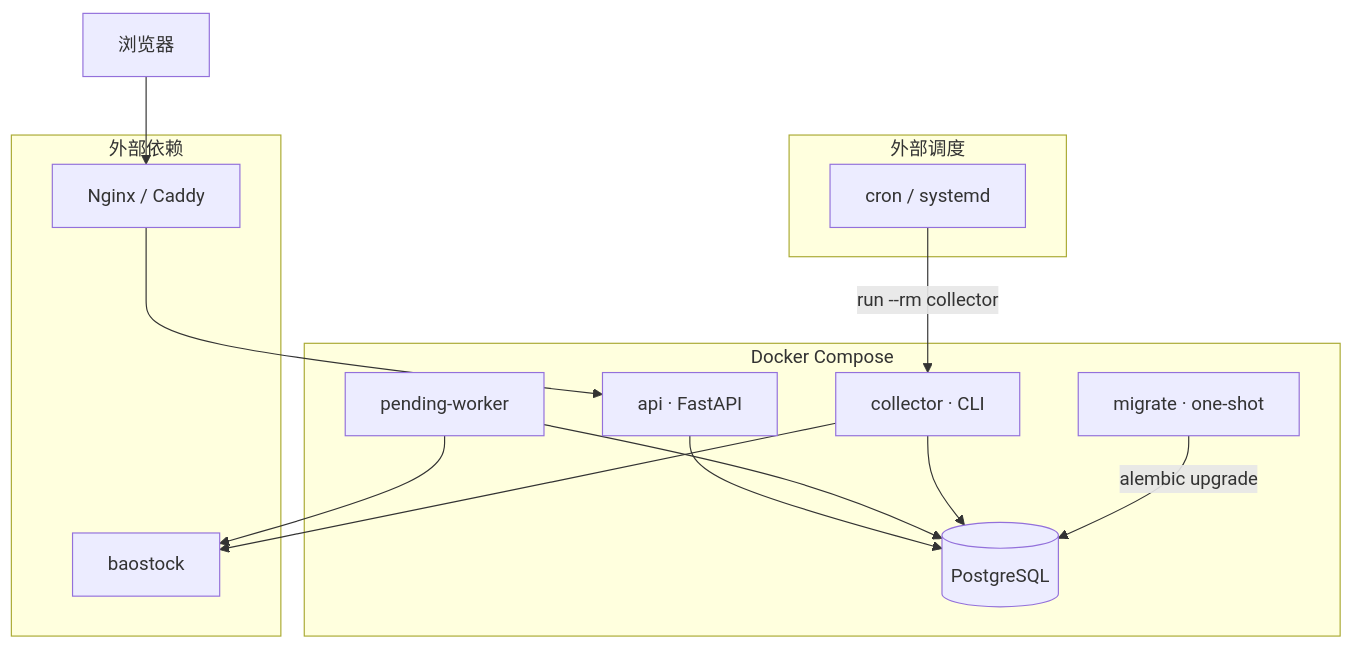
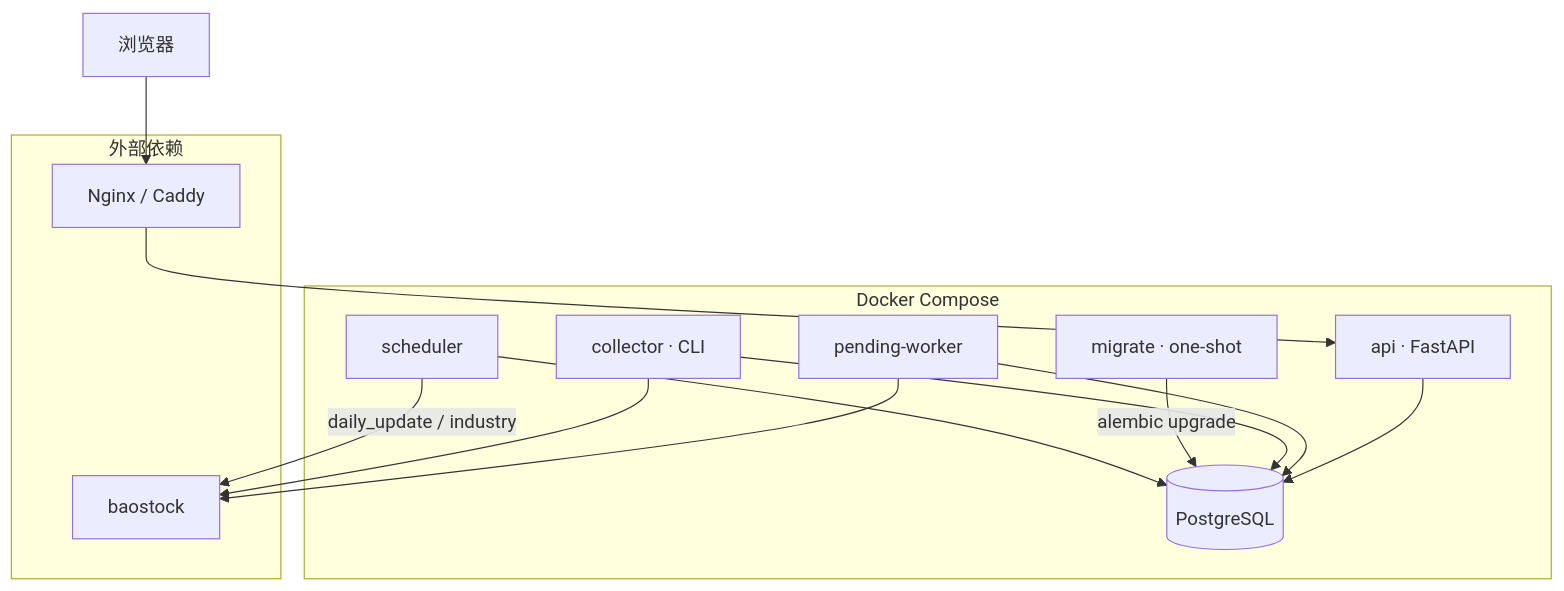
The first of 2 diagrams in README.md (doom2030/trade_data), drawn with Mermaid before and after one commit. The commit also changed other lines of this file and 9 other files, not shown here.

````diff
--- a/README.md
+++ b/README.md
@@ -54,30 +54,28 @@
 ```mermaid
 flowchart TB
-    subgraph scheduler [外部调度]
-        cron[cron / systemd]
-    end
-
     subgraph compose [Docker Compose]
         pg[(PostgreSQL)]
         api[api · FastAPI]
         worker[pending-worker]
+        schedulerSvc[scheduler]
         collector[collector · CLI]
         migrate[migrate · one-shot]
     end
 
     subgraph external [外部依赖]
         bs[baostock]
         proxy[Nginx / Caddy]
     end
 
     browser[浏览器]
 
-    cron -->|run --rm collector| collector
+    schedulerSvc -->|daily_update / industry| bs
+    schedulerSvc --> pg
     migrate -->|alembic upgrade| pg
     collector --> bs
     collector --> pg
     worker --> pg
     worker --> bs
     api --> pg
     browser --> proxy --> api
 ```
````
